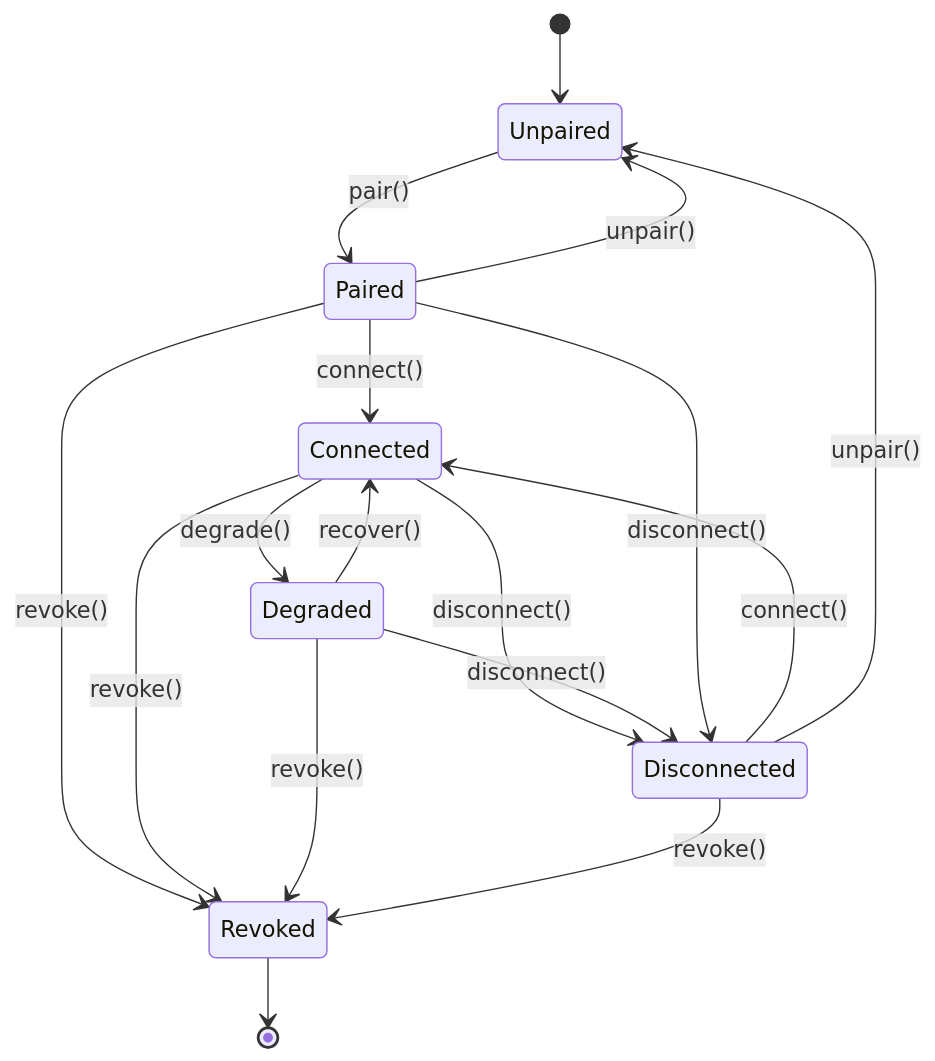
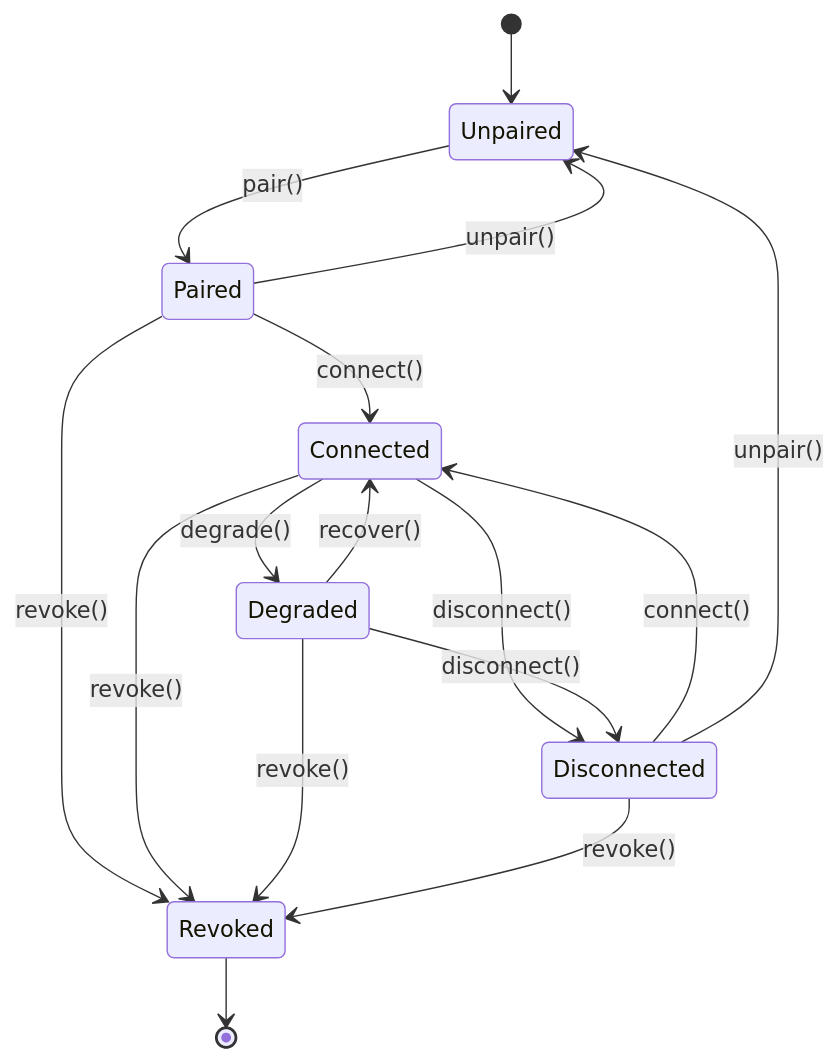
The diagram in state-machines/InstanceLifecycle.md (pavan53732/Nexora), drawn with Mermaid before and after one commit. The commit also changed 5 other files, not shown here.

````diff
--- a/state-machines/InstanceLifecycle.md
+++ b/state-machines/InstanceLifecycle.md
@@ -72,20 +72,19 @@
 ```mermaid
 stateDiagram-v2
     [*] --> Unpaired
 
     Unpaired --> Paired : pair()
     Paired --> Connected : connect()
     Disconnected --> Connected : connect()
     Connected --> Degraded : degrade()
     Degraded --> Connected : recover()
     Connected --> Disconnected : disconnect()
     Degraded --> Disconnected : disconnect()
-    Paired --> Disconnected : disconnect()
     Paired --> Unpaired : unpair()
     Disconnected --> Unpaired : unpair()
     Paired --> Revoked : revoke()
     Connected --> Revoked : revoke()
     Degraded --> Revoked : revoke()
     Disconnected --> Revoked : revoke()
     Revoked --> [*]
 ```
````
